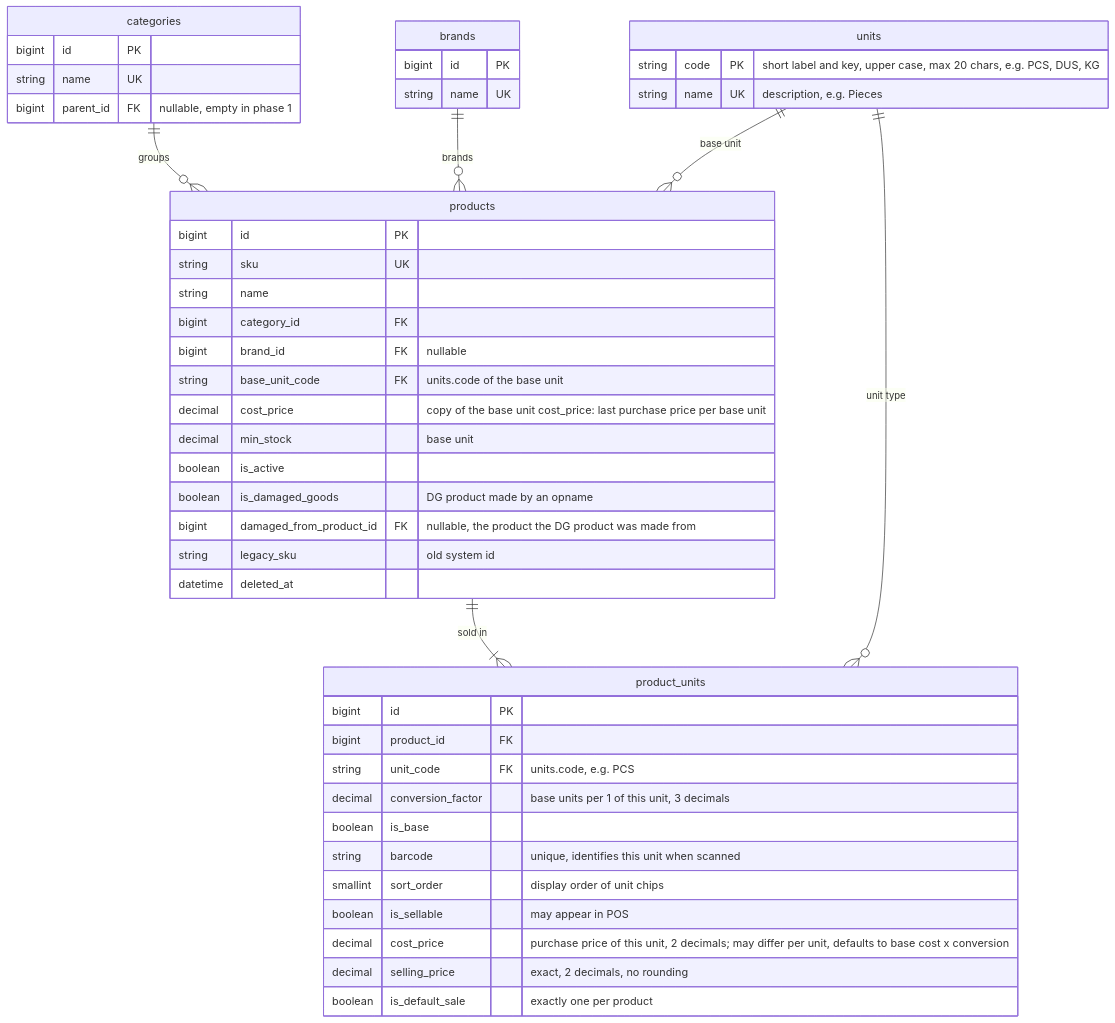
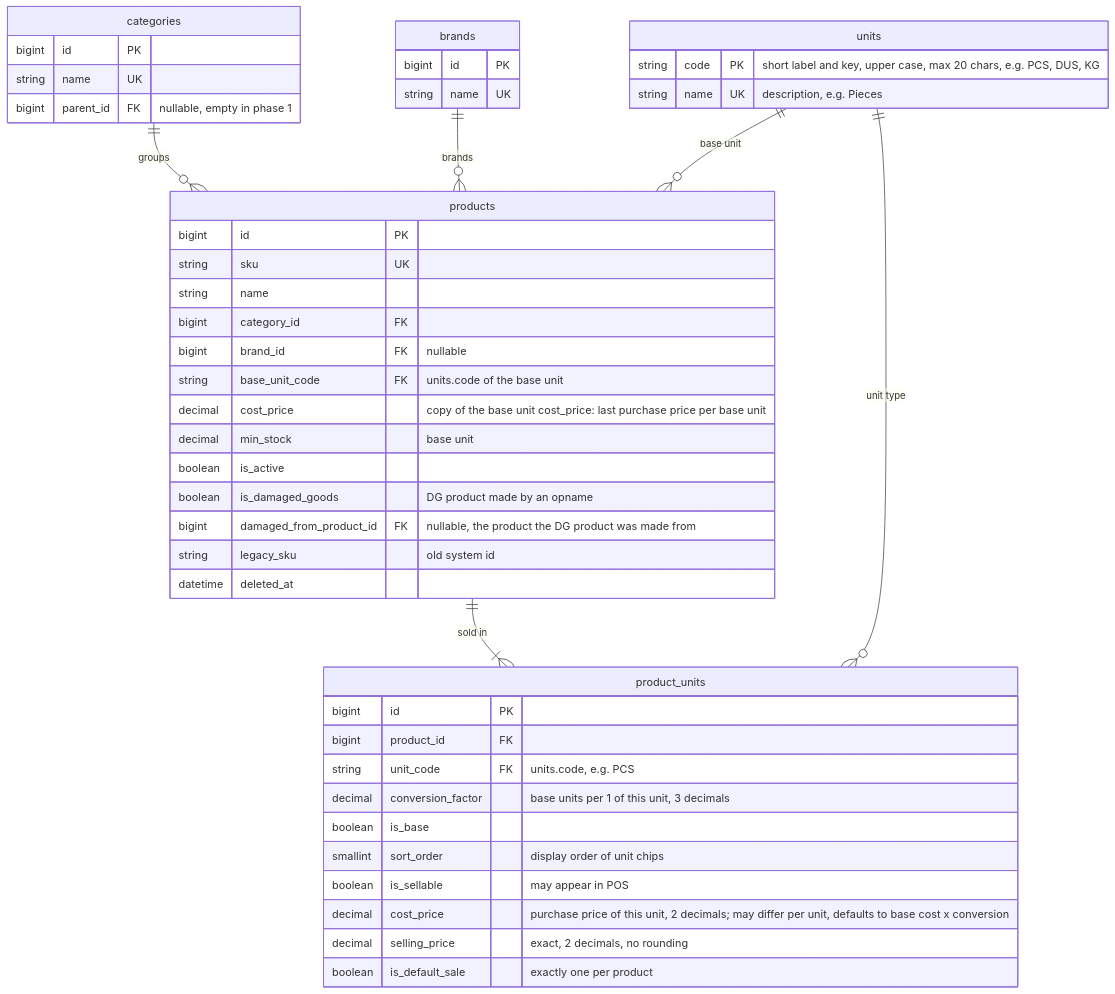
One commit to aliefpraditya/store-management changed diagram 20 of 30 in docs/analisis-sistem.md. Above: the diagram before and after it, drawn with Mermaid. The commit also changed other lines of this file and 113 other files, not shown here.

````diff
--- a/docs/analisis-sistem.md
+++ b/docs/analisis-sistem.md
@@ -966,50 +966,49 @@
 ```mermaid
 erDiagram
     categories ||--o{ products : "groups"
     brands ||--o{ products : "brands"
     units ||--o{ products : "base unit"
     products ||--|{ product_units : "sold in"
     units ||--o{ product_units : "unit type"
 
     products {
         bigint id PK
         string sku UK
         string name
         bigint category_id FK
         bigint brand_id FK "nullable"
         string base_unit_code FK "units.code of the base unit"
         decimal cost_price "copy of the base unit cost_price: last purchase price per base unit"
         decimal min_stock "base unit"
         boolean is_active
         boolean is_damaged_goods "DG product made by an opname"
         bigint damaged_from_product_id FK "nullable, the product the DG product was made from"
         string legacy_sku "old system id"
         datetime deleted_at
     }
     product_units {
         bigint id PK
         bigint product_id FK
         string unit_code FK "units.code, e.g. PCS"
         decimal conversion_factor "base units per 1 of this unit, 3 decimals"
         boolean is_base
-        string barcode "unique, identifies this unit when scanned"
         smallint sort_order "display order of unit chips"
         boolean is_sellable "may appear in POS"
         decimal cost_price "purchase price of this unit, 2 decimals; may differ per unit, defaults to base cost x conversion"
         decimal selling_price "exact, 2 decimals, no rounding"
         boolean is_default_sale "exactly one per product"
     }
     categories {
         bigint id PK
         string name UK
         bigint parent_id FK "nullable, empty in phase 1"
     }
     brands {
         bigint id PK
         string name UK
     }
     units {
         string code PK "short label and key, upper case, max 20 chars, e.g. PCS, DUS, KG"
         string name UK "description, e.g. Pieces"
     }
 ```
````
